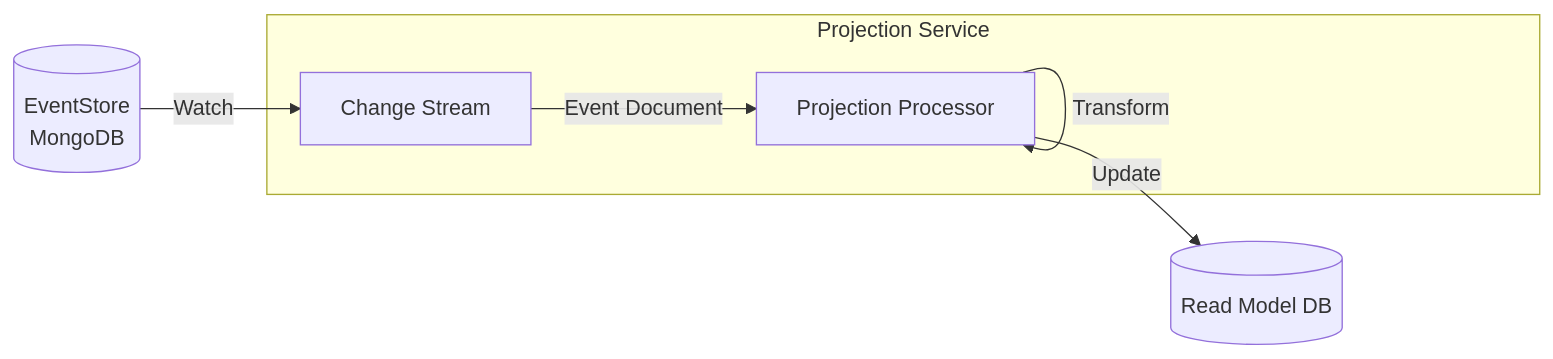
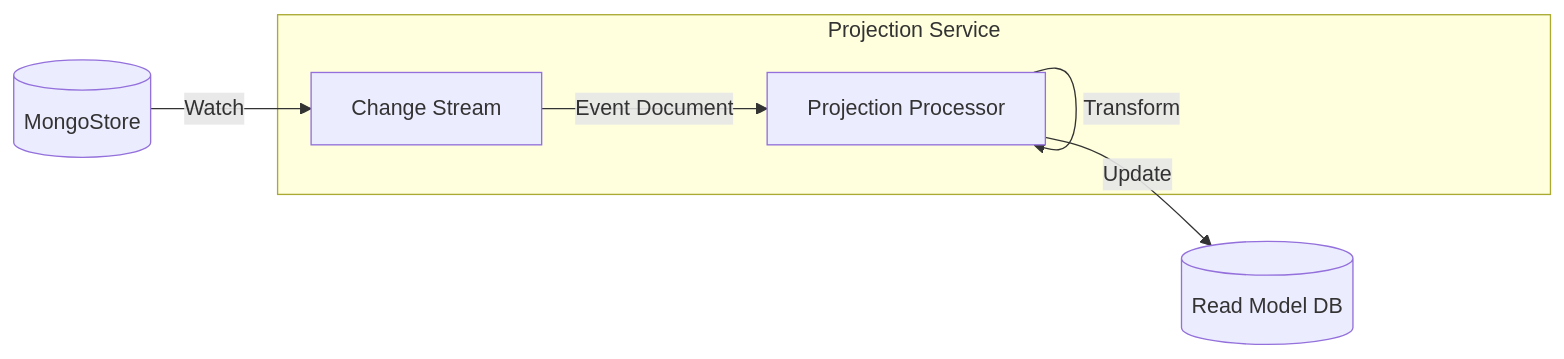
Before and after one commit to staruser143/Technology-Talks: the diagram in diagram/mongostreams.md, drawn with Mermaid.

````diff
--- a/diagram/mongostreams.md
+++ b/diagram/mongostreams.md
@@ -1,17 +1,17 @@
 ```mermaid
 flowchart LR
-    MongoDB[(EventStore\nMongoDB)]
+    MongoDB[(MongoStore)]
     CS[Change Stream]
     PP[Projection Processor]
     RM[(Read Model DB)]
     
     MongoDB -->|Watch| CS
     CS -->|Event Document| PP
     PP -->|Transform| PP
     PP -->|Update| RM
     
     subgraph Projection Service
         CS
         PP
     end
 ```
````
